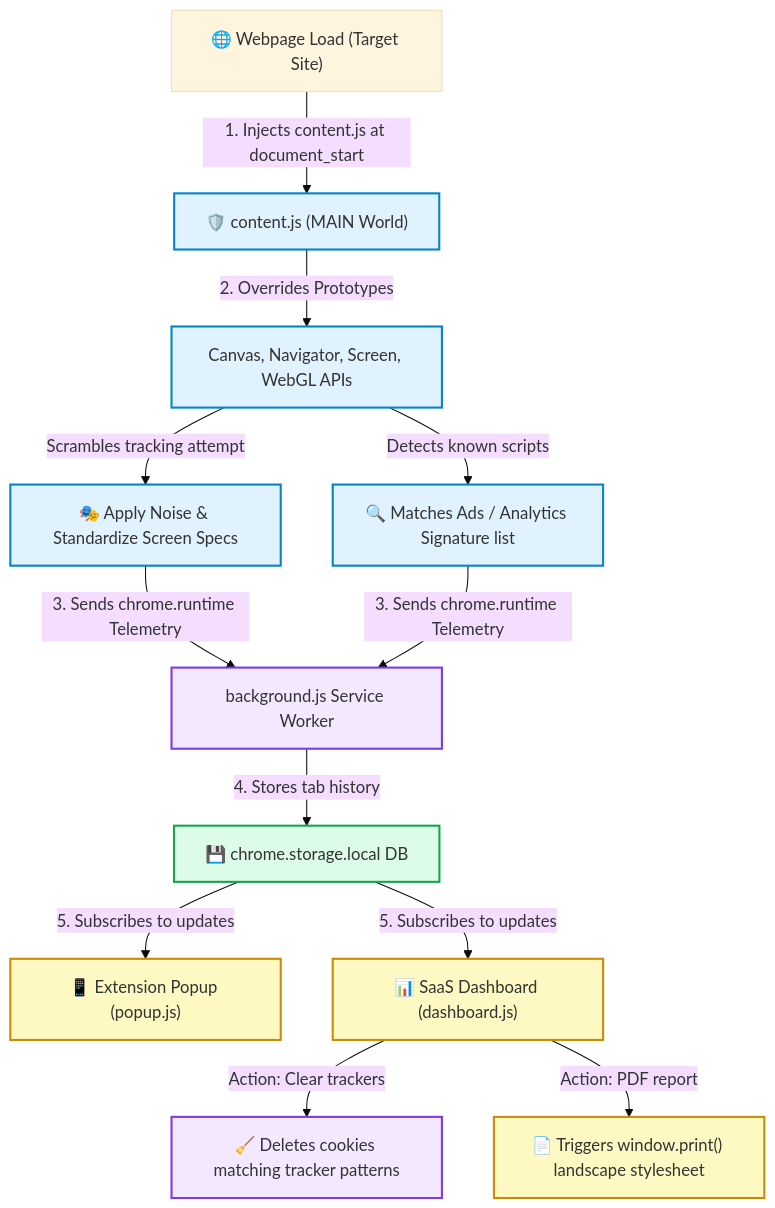
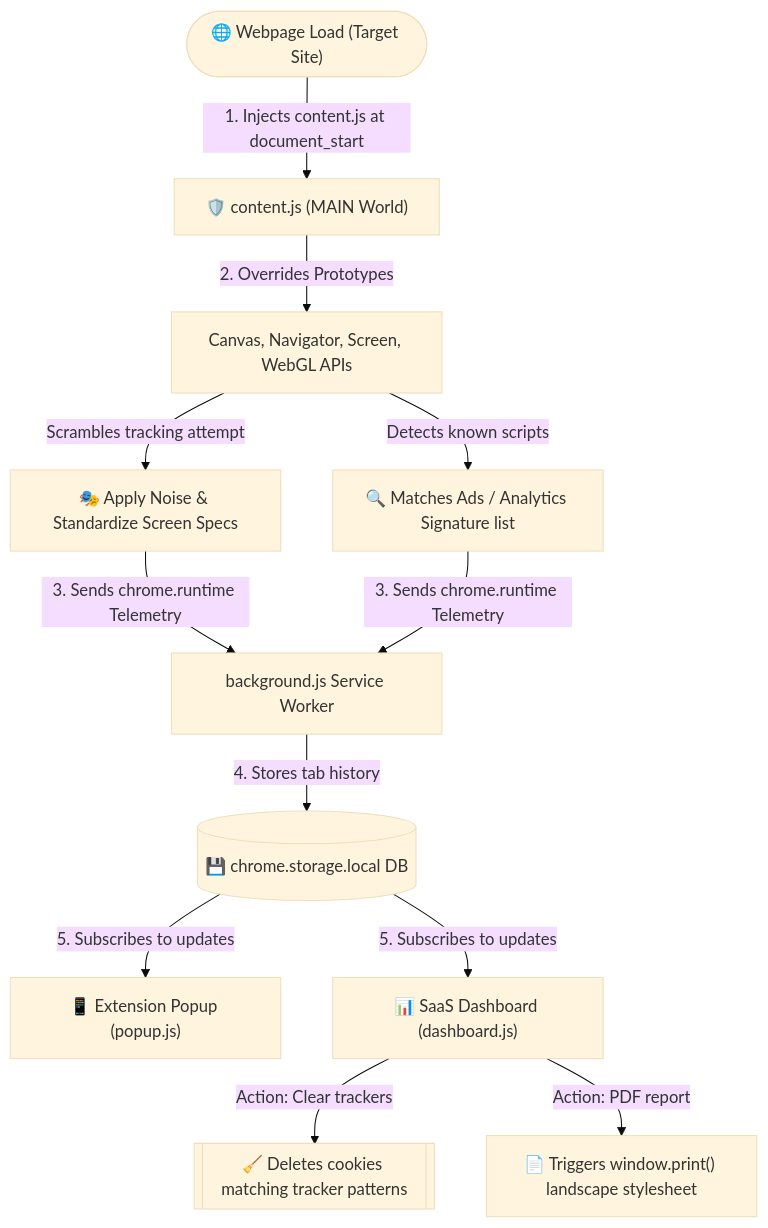
Before and after one commit to Harshvardhan-Ranawat/PrivacyLens: the first of 2 diagrams in README.md, drawn with Mermaid (base theme).

Commit message:
Fix flowchart diagram contrast issues in dark mode by using theme-adaptive nodes

````diff
--- a/README.md
+++ b/README.md
@@ -65,29 +65,19 @@
 ```mermaid
 flowchart TD
-    classDef main fill:#e0f2fe,stroke:#0284c7,stroke-width:2px;
-    classDef bg fill:#f3e8ff,stroke:#7c3aed,stroke-width:2px;
-    classDef ui fill:#fef9c3,stroke:#ca8a04,stroke-width:2px;
-    classDef storage fill:#dcfce7,stroke:#16a34a,stroke-width:2px;
+    A(["🌐 Webpage Load (Target Site)"]) -->|1. Injects content.js at document_start| B["🛡️ content.js (MAIN World)"]
+    B -->|2. Overrides Prototypes| C["Canvas, Navigator, Screen, WebGL APIs"]
     
-    A["🌐 Webpage Load (Target Site)"] -->|1. Injects content.js at document_start| B["🛡️ content.js (MAIN World)"]:::main
-    B -->|2. Overrides Prototypes| C["Canvas, Navigator, Screen, WebGL APIs"]:::main
+    C -->|Scrambles tracking attempt| D["🎭 Apply Noise & Standardize Screen Specs"]
+    C -->|Detects known scripts| E["🔍 Matches Ads / Analytics Signature list"]
     
-    C -->|Scrambles tracking attempt| D["🎭 Apply Noise & Standardize Screen Specs"]:::main
-    C -->|Detects known scripts| E["🔍 Matches Ads / Analytics Signature list"]:::main
-    
-    D -->|3. Sends chrome.runtime Telemetry| F["background.js Service Worker"]:::bg
+    D -->|3. Sends chrome.runtime Telemetry| F["background.js Service Worker"]
     E -->|3. Sends chrome.runtime Telemetry| F
     
-    F -->|4. Stores tab history| G["💾 chrome.storage.local DB"]:::storage
+    F -->|4. Stores tab history| G[("💾 chrome.storage.local DB")]
     
-    G -->|5. Subscribes to updates| H["📱 Extension Popup (popup.js)"]:::ui
-    G -->|5. Subscribes to updates| I["📊 SaaS Dashboard (dashboard.js)"]:::ui
+    G -->|5. Subscribes to updates| H["📱 Extension Popup (popup.js)"]
+    G -->|5. Subscribes to updates| I["📊 SaaS Dashboard (dashboard.js)"]
     
-    I -->|Action: Clear trackers| J["🧹 Deletes cookies matching tracker patterns"]:::bg
-    I -->|Action: PDF report| K["📄 Triggers window.print() landscape stylesheet"]:::ui
-    
-    class B,C,D,E main;
-    class F,J bg;
-    class H,I,K ui;
-    class G storage;
+    I -->|Action: Clear trackers| J[["🧹 Deletes cookies matching tracker patterns"]]
+    I -->|Action: PDF report| K["📄 Triggers window.print() landscape stylesheet"]
 ```
````
